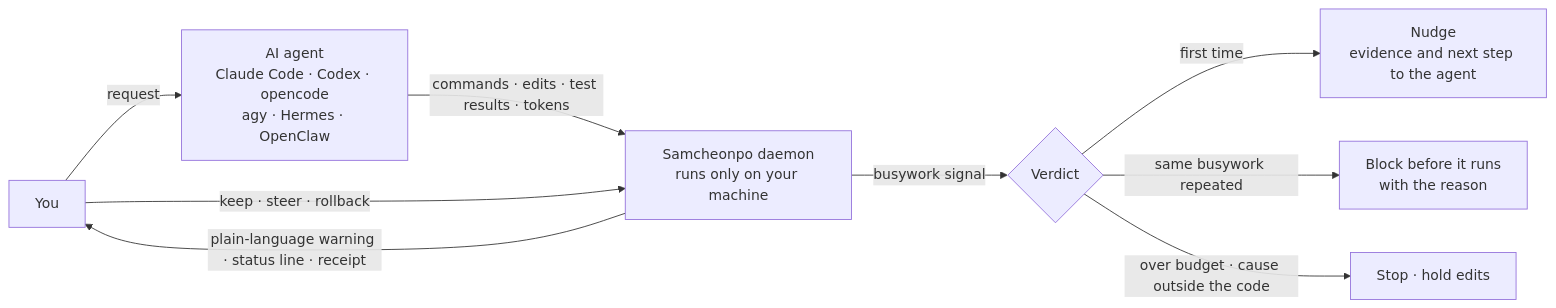
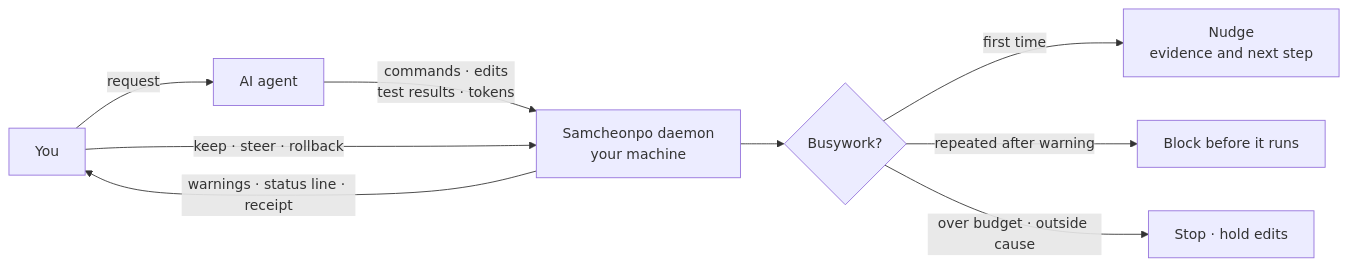
One commit to JinHo-von-Choi/anti-samcheonpo changed the first of 3 diagrams in README.en.md. Above: the diagram before and after it, drawn with Mermaid. The commit also changed other lines of this file and 4 other files, not shown here.

````diff
--- a/README.en.md
+++ b/README.en.md
@@ -36,11 +36,11 @@
 ```mermaid
 flowchart LR
-    U[You] -->|request| A[AI agent<br/>Claude Code · Codex · opencode<br/>agy · Hermes · OpenClaw]
-    A -->|commands · edits · test results · tokens| H[Samcheonpo daemon<br/>runs only on your machine]
-    H -->|busywork signal| J{Verdict}
-    J -->|first time| N[Nudge<br/>evidence and next step to the agent]
-    J -->|same busywork repeated| B[Block before it runs<br/>with the reason]
-    J -->|over budget · cause outside the code| S[Stop · hold edits]
-    H -->|plain-language warning · status line · receipt| U
+    U[You] -->|request| A[AI agent]
+    A -->|commands · edits<br/>test results · tokens| H[Samcheonpo daemon<br/>your machine]
+    H --> J{Busywork?}
+    J -->|first time| N[Nudge<br/>evidence and next step]
+    J -->|repeated after warning| B[Block before it runs]
+    J -->|over budget · outside cause| S[Stop · hold edits]
+    H -->|warnings · status line · receipt| U
     U -->|keep · steer · rollback| H
 ```
````
